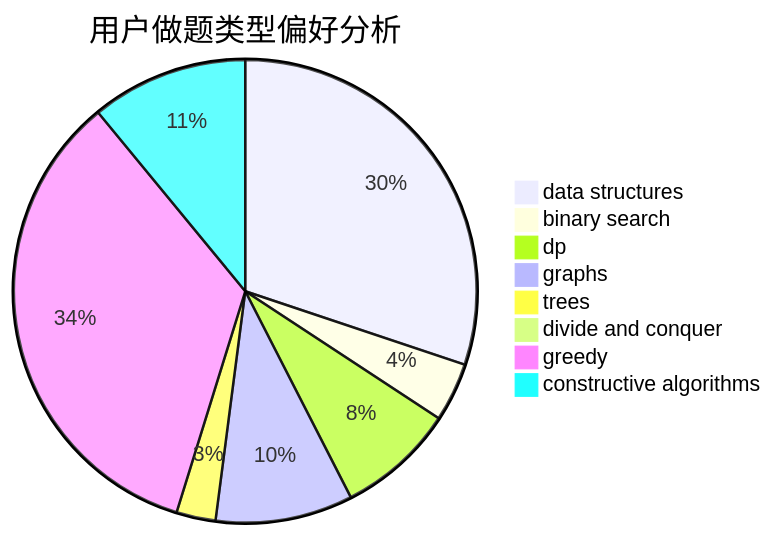
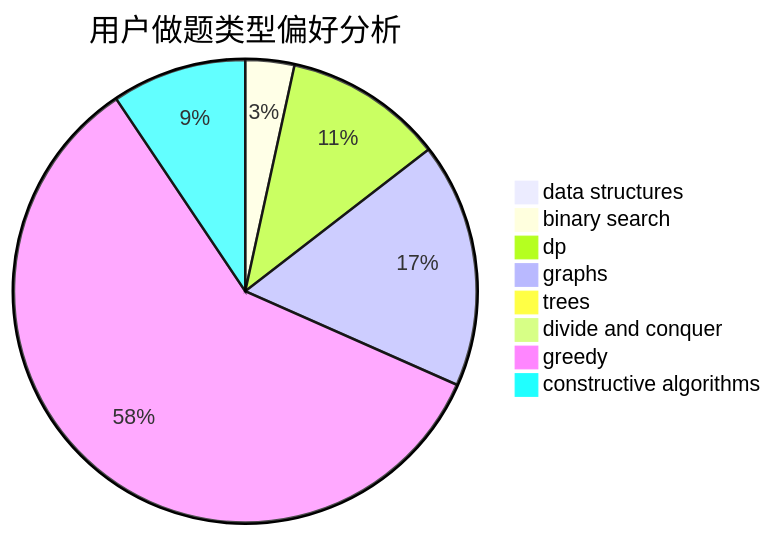
Before and after one commit to sherpahu/cfrs.github.io: the second of 3 diagrams in docs/user/u1751.md, drawn with Mermaid. The commit also changed other lines of this file and 2770 other files, not shown here.

````diff
--- a/docs/user/u1751.md
+++ b/docs/user/u1751.md
@@ -23,11 +23,11 @@
 ```mermaid
 pie title 用户做题类型偏好分析
-    "data structures" :  22
-    "binary search" :  3
-    "dp" :  6
-    "graphs" :  7
+    "data structures" :  0
+    "binary search" :  8
+    "dp" :  26
+    "graphs" :  40
     "trees" :  2
     "divide and conquer" :  0
-    "greedy" :  25
-    "constructive algorithms" :  8
+    "greedy" :  138
+    "constructive algorithms" :  22
 ```
````
